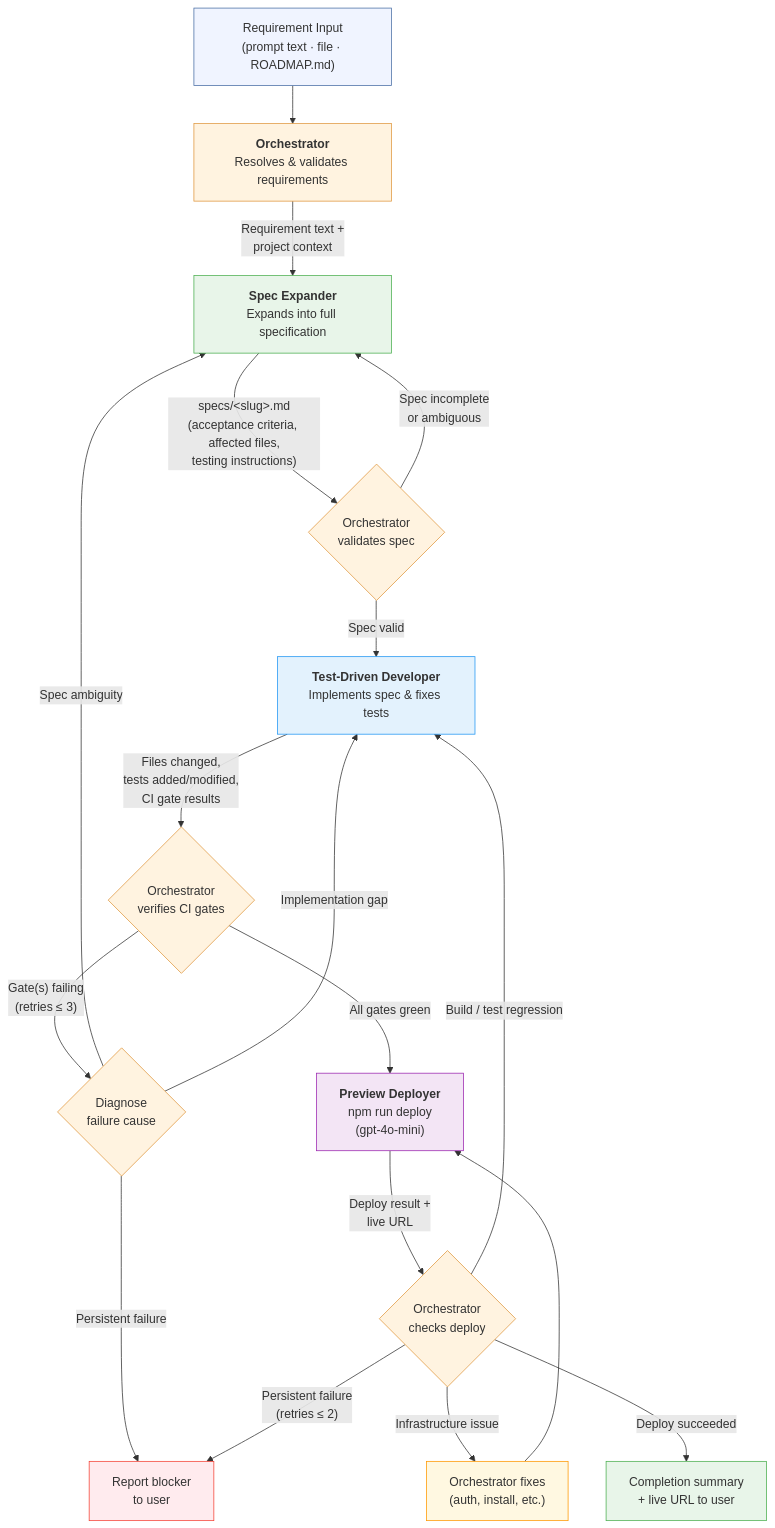
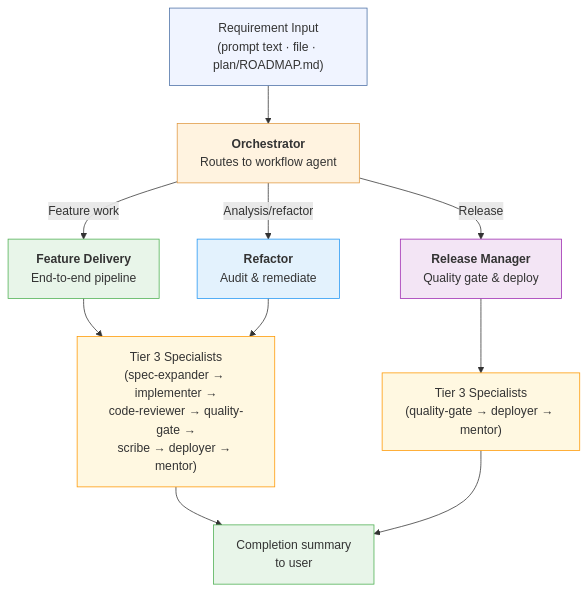
One commit to sleeke/goals-tracker-web-app changed the diagram in .github/agents/README.md. Above: the diagram before and after it, drawn with Mermaid. The commit also changed other lines of this file and 13 other files, not shown here.

````diff
--- a/.github/agents/README.md
+++ b/.github/agents/README.md
@@ -22,43 +48,25 @@
 ```mermaid
 flowchart TD
-    A["Requirement Input<br/>(prompt text · file · ROADMAP.md)"] --> B["<b>Orchestrator</b><br/>Resolves &amp; validates requirements"]
+    A["Requirement Input<br/>(prompt text · file · plan/ROADMAP.md)"] --> B["<b>Orchestrator</b><br/>Routes to workflow agent"]
 
-    B -->|"Requirement text +<br/>project context"| C["<b>Spec Expander</b><br/>Expands into full specification"]
+    B -->|"Feature work"| C["<b>Feature Delivery</b><br/>End-to-end pipeline"]
+    B -->|"Analysis/refactor"| D["<b>Refactor</b><br/>Audit &amp; remediate"]
+    B -->|"Release"| E["<b>Release Manager</b><br/>Quality gate &amp; deploy"]
 
-    C -->|"specs/&lt;slug&gt;.md<br/>(acceptance criteria, affected files,<br/>testing instructions)"| D{"Orchestrator<br/>validates spec"}
+    C --> F["Tier 3 Specialists<br/>(spec-expander → implementer →<br/>code-reviewer → quality-gate →<br/>scribe → deployer → mentor)"]
 
-    D -->|"Spec incomplete<br/>or ambiguous"| C
-    D -->|"Spec valid"| E["<b>Test-Driven Developer</b><br/>Implements spec &amp; fixes tests"]
+    D --> F
+    E --> G["Tier 3 Specialists<br/>(quality-gate → deployer → mentor)"]
 
-    E -->|"Files changed,<br/>tests added/modified,<br/>CI gate results"| F{"Orchestrator<br/>verifies CI gates"}
-
-    F -->|"Gate(s) failing<br/>(retries ≤ 3)"| G{"Diagnose<br/>failure cause"}
-
-    G -->|"Spec ambiguity"| C
-    G -->|"Implementation gap"| E
-    G -->|"Persistent failure"| H["Report blocker<br/>to user"]
-
-    F -->|"All gates green"| J["<b>Preview Deployer</b><br/>npm run deploy<br/>(gpt-4o-mini)"]
-
-    J -->|"Deploy result +<br/>live URL"| K{"Orchestrator<br/>checks deploy"}
-
-    K -->|"Build / test regression"| E
-    K -->|"Infrastructure issue"| L["Orchestrator fixes<br/>(auth, install, etc.)"]
-    L --> J
-    K -->|"Persistent failure<br/>(retries ≤ 2)"| H
-
-    K -->|"Deploy succeeded"| I["Completion summary<br/>+ live URL to user"]
+    F --> H["Completion summary<br/>to user"]
+    G --> H
 
     style A fill:#f0f4ff,stroke:#4a6fa5
     style B fill:#fff3e0,stroke:#e09840
     style C fill:#e8f5e9,stroke:#4caf50
-    style D fill:#fff3e0,stroke:#e09840
-    style E fill:#e3f2fd,stroke:#2196f3
-    style F fill:#fff3e0,stroke:#e09840
-    style G fill:#fff3e0,stroke:#e09840
-    style H fill:#ffebee,stroke:#f44336
-    style I fill:#e8f5e9,stroke:#4caf50
-    style J fill:#f3e5f5,stroke:#9c27b0
-    style K fill:#fff3e0,stroke:#e09840
-    style L fill:#fff8e1,stroke:#ff9800
+    style D fill:#e3f2fd,stroke:#2196f3
+    style E fill:#f3e5f5,stroke:#9c27b0
+    style F fill:#fff8e1,stroke:#ff9800
+    style G fill:#fff8e1,stroke:#ff9800
+    style H fill:#e8f5e9,stroke:#4caf50
 ```
````
